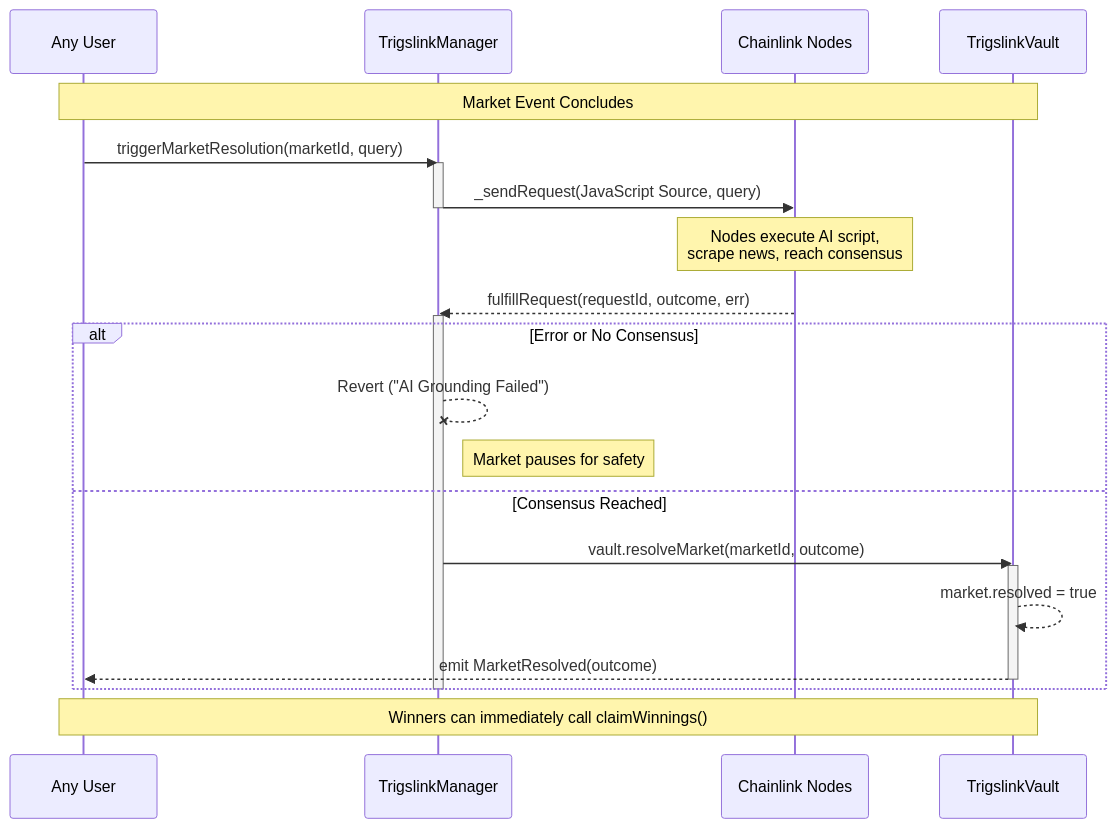
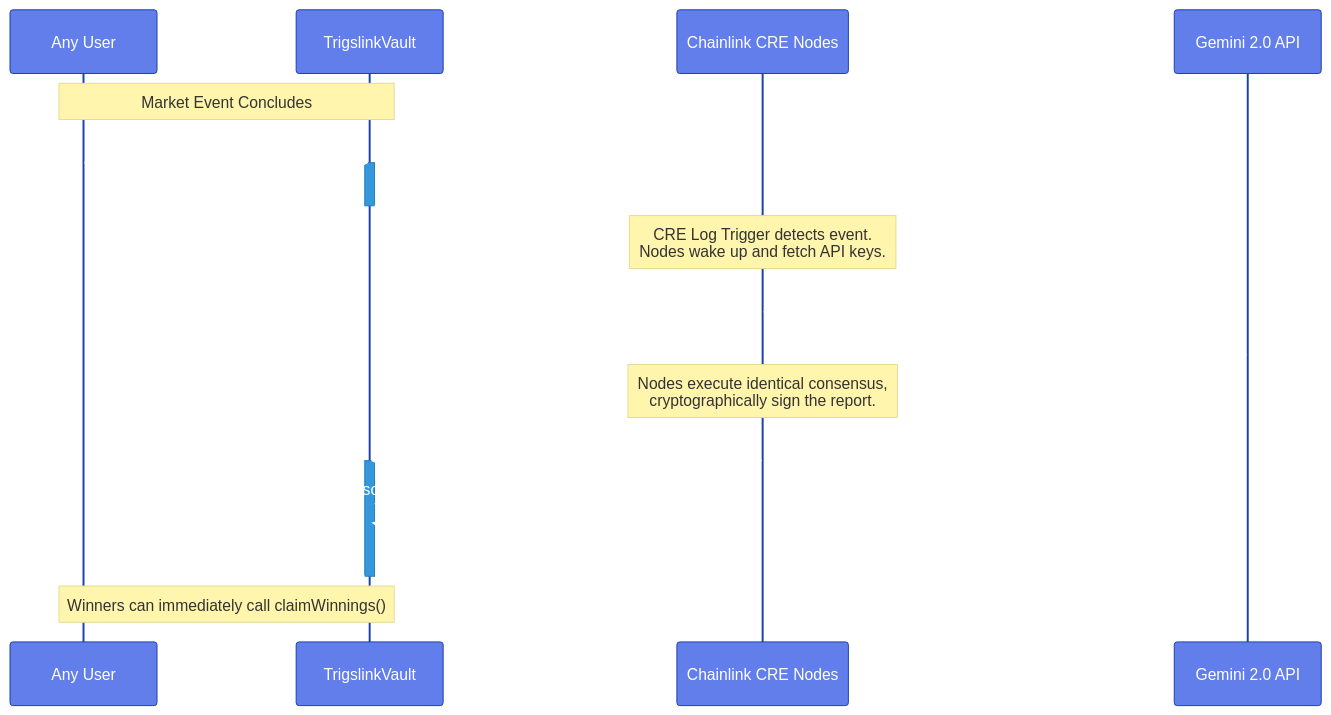
Before and after one commit to Trigs-link/trigslink: the second of 2 diagrams in README.md, drawn with Mermaid. The commit also changed other lines of this file, not shown here.

````diff
--- a/README.md
+++ b/README.md
@@ -82,33 +90,41 @@
 ```mermaid
+%%{init: {
+  'theme': 'base',
+  'themeVariables': {
+    'primaryColor': '#627eea',
+    'primaryTextColor': '#ffffff',
+    'primaryBorderColor': '#1c3faa',
+    'lineColor': '#f6851b',
+    'secondaryColor': '#3498db',
+    'fontFamily': 'Inter, system-ui, sans-serif',
+    'background': '#0b0f1c'
+  }
+}}%%
 sequenceDiagram
     participant U as Any User
-    participant M as TrigslinkManager
-    participant DON as Chainlink Nodes
     participant V as TrigslinkVault
+    participant DON as Chainlink CRE Nodes
+    participant AI as Gemini 2.0 API
 
     Note over U, V: Market Event Concludes
     
-    U->>M: triggerMarketResolution(marketId, query)
-    activate M
-    M->>DON: _sendRequest(JavaScript Source, query)
-    deactivate M
+    U->>V: requestSettlement(marketId)
+    activate V
+    V-->>DON: emit SettlementRequested(marketId, question)
+    deactivate V
     
-    Note over DON: Nodes execute AI script,<br/>scrape news, reach consensus
+    Note over DON: CRE Log Trigger detects event.<br/>Nodes wake up and fetch API keys.
     
-    DON-->>M: fulfillRequest(requestId, outcome, err)
-    activate M
+    DON->>AI: Query: "Answer strictly 1 for YES or 2 for NO. Question: [X]"
+    AI-->>DON: AI Outcome (e.g., 1)
     
-    alt Error or No Consensus
-        M--xM: Revert ("AI Grounding Failed")
-        Note right of M: Market pauses for safety
-    else Consensus Reached
-        M->>V: vault.resolveMarket(marketId, outcome)
-        activate V
-        V-->>V: market.resolved = true
-        V-->>U: emit MarketResolved(outcome)
-        deactivate V
-    end
-    deactivate M
+    Note over DON: Nodes execute identical consensus,<br/>cryptographically sign the report.
+    
+    DON->>V: onReport(metadata, reportBytes)
+    activate V
+    V-->>V: market.resolved = true
+    V-->>U: emit MarketResolved(outcome)
+    deactivate V
     
     Note over U, V: Winners can immediately call claimWinnings()
 ```
````
